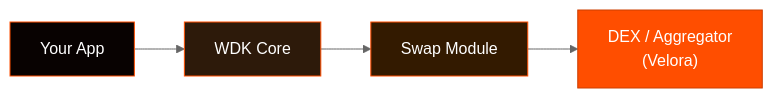
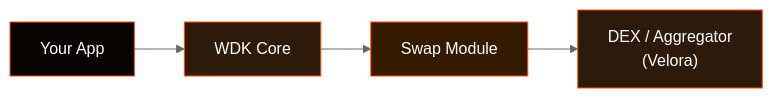
The diagram in sdk/swap-modules/README.md (gatteo/wdk-docs), drawn with Mermaid (neutral theme) before and after one commit. The commit also changed 16 other files, not shown here.

Commit message:
docs: replace all primary orange backgrounds with dark tones in diagrams

````diff
--- a/sdk/swap-modules/README.md
+++ b/sdk/swap-modules/README.md
@@ -23,9 +23,9 @@
 ```mermaid
 flowchart LR
     App["Your App"] --> WDK["WDK Core"] --> Swap["Swap Module"] --> DEX["DEX / Aggregator\n(Velora)"]
 
     style App fill:#080201,stroke:#FF4E00,color:#fff
     style WDK fill:#2d1a0a,stroke:#FF4E00,color:#fff
     style Swap fill:#331a00,stroke:#FF4E00,color:#fff
-    style DEX fill:#FF4E00,stroke:#cc3e00,color:#fff
+    style DEX fill:#2d1a0a,stroke:#FF4E00,color:#fff
 ```
````
